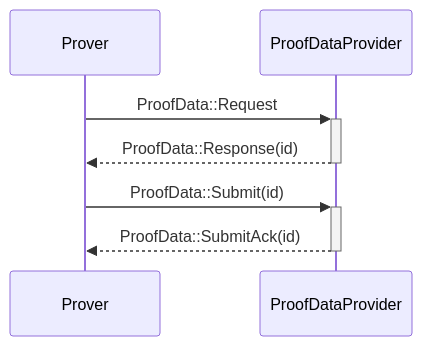
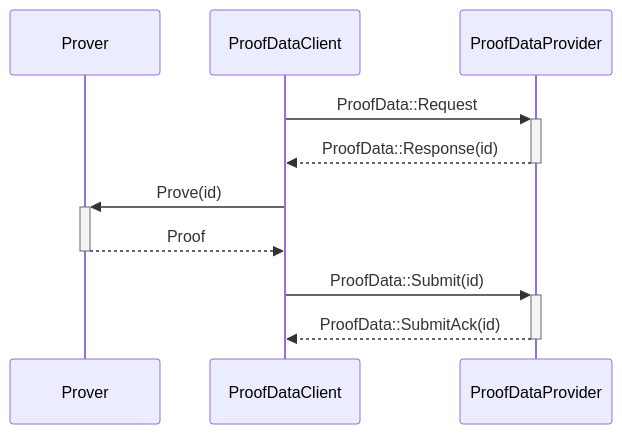
One commit to lambdaclass/lambda_ethereum_rust changed the diagram in crates/l2/docs/prover.md. Above: the diagram before and after it, drawn with Mermaid. The commit also changed other lines of this file, not shown here.

````diff
--- a/crates/l2/docs/prover.md
+++ b/crates/l2/docs/prover.md
@@ -11,7 +16,12 @@
 ```mermaid
 sequenceDiagram
-    Prover->>+ProofDataProvider: ProofData::Request
-    ProofDataProvider-->>-Prover: ProofData::Response(id)
-    Prover->>+ProofDataProvider: ProofData::Submit(id)
-    ProofDataProvider-->>-Prover: ProofData::SubmitAck(id)
+    participant Prover
+    participant ProofDataClient
+    participant ProofDataProvider
+    ProofDataClient->>+ProofDataProvider: ProofData::Request
+    ProofDataProvider-->>-ProofDataClient: ProofData::Response(id)
+    ProofDataClient->>+Prover: Prove(id)
+    Prover-->>-ProofDataClient: Proof
+    ProofDataClient->>+ProofDataProvider: ProofData::Submit(id)
+    ProofDataProvider-->>-ProofDataClient: ProofData::SubmitAck(id)
 ```
````
